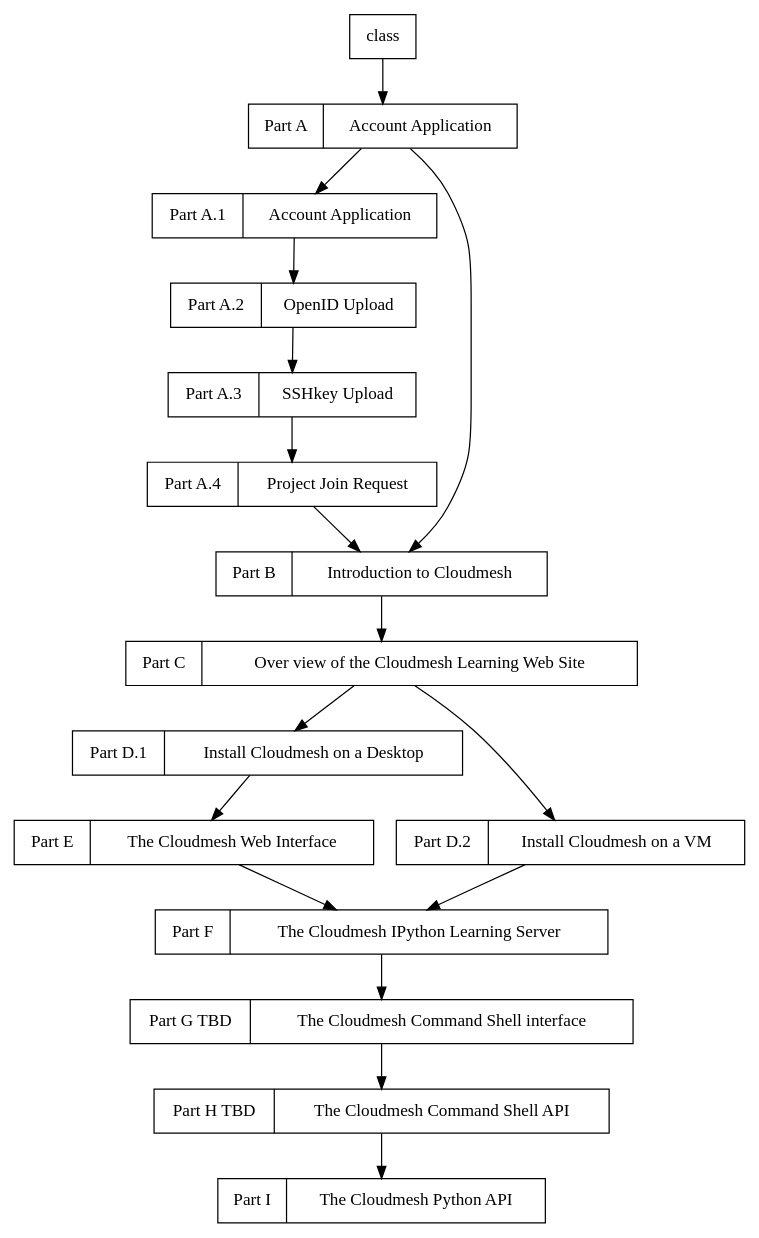
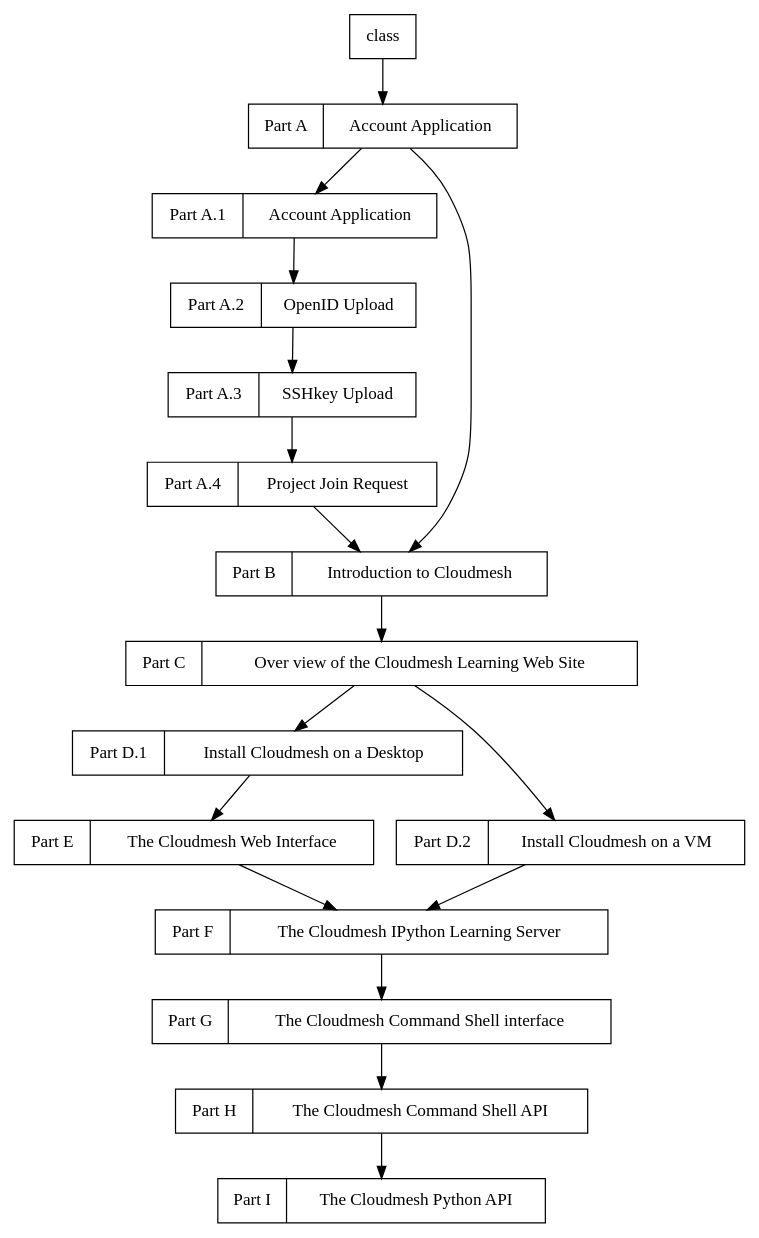
One commit to cloudmesh/useful-introduction_to_cloud-2015 changed the diagram in docs/source/class/i590.rst. Above: the diagram before and after it, drawn with Graphviz. The commit also changed other lines of this file, not shown here.

```diff
--- a/docs/source/class/i590.rst
+++ b/docs/source/class/i590.rst
@@ -13,72 +13,72 @@
 .. graphviz::
 
       digraph foo {
 	   node [shape=record];
 
 	   a [label="Part A | Account Application ",
 	       URL="http://www.youtube.com/watch?v=CwHFaluDgzc", 
 	       target="_blank"];
 
 	   a1 [label="Part A.1 | Account Application ",
 	       URL="http://www.youtube.com/watch?v=c7mjKI8mJws", 
 	       target="_blank"];
 
 	   a2 [label="Part A.2 | OpenID Upload ",
 	       URL="http://www.youtube.com/watch?v=rZzpCYWDEpI", 
 	       target="_blank"];
 
 	   a3 [label="Part A.3 | SSHkey Upload ",
 	       URL="http://www.youtube.com/watch?v=4wjVwQbOlSU", 
 	       target="_blank"];
 
 	   a4 [label="Part A.4 | Project Join Request",
 	       URL="http://www.youtube.com/watch?v=5xQiPBwt58s", 
 	       target="_blank"];
 
 	   b [label="Part B | Introduction to Cloudmesh ",
 	       URL="http://www.youtube.com/watch?v=njHHjRMb7V8", 
 	       target="_blank"];
 
 	   c [label="Part C | Over view of the Cloudmesh Learning Web Site",
 	       URL="http://www.youtube.com/watch?v=uGIPmiJ0cxg", 
 	       target="_blank"];
 
 	   d1 [label="Part D.1 | Install Cloudmesh on a Desktop",
 	       URL="http://www.youtube.com/watch?v=lGiJifD0VgU", 
 	       target="_blank"];
 
 	   d2 [label="Part D.2 | Install Cloudmesh on a VM",
 	       URL="http://www.youtube.com/watch?v=rcecpgm-47g", 
 	       target="_blank"];
 
 	   e  [label="Part E | The Cloudmesh Web Interface",
 	       URL="http://www.youtube.com/watch?v=l_P4G85rysA", 
 	       target="_blank"];
 
 	   f  [label="Part F | The Cloudmesh IPython Learning Server",
 	       URL="http://www.youtube.com/watch?v=1dn_av-zC00", 
 	       target="_blank"];
 
-	   g  [label="Part G TBD | The Cloudmesh Command Shell interface",
+	   g  [label="Part G | The Cloudmesh Command Shell interface",
 	       URL="http://www.youtube.com/watch?v=", 
 	       target="_blank"];
 
-	   h  [label="Part H TBD | The Cloudmesh Command Shell API",
+	   h  [label="Part H | The Cloudmesh Command Shell API",
 	       URL="http://www.youtube.com/watch?v=", 
 	       target="_blank"];
 
 	   i  [label="Part I | The Cloudmesh Python API",
 	       URL="http://www.youtube.com/watch?v=xOL_-Sfh9MA", 
 	       target="_blank"];
 
            subgraph accounts {
 	       a1 -> a2 -> a3 -> a4 
            }
 
 	   a -> a1 [lhead=accounts];
 	   a4 -> b [ltail=accounts];
 	   class -> a -> b -> c ;
 	   c -> d1;
 	   c -> d2 -> f;
 	   d1 -> e -> f -> g -> h -> i;
       }
```
